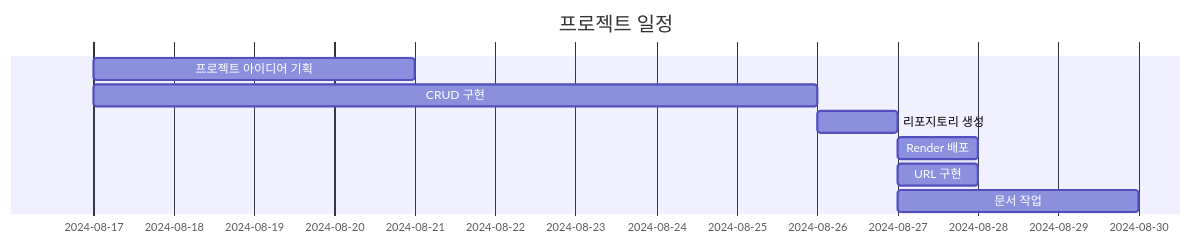
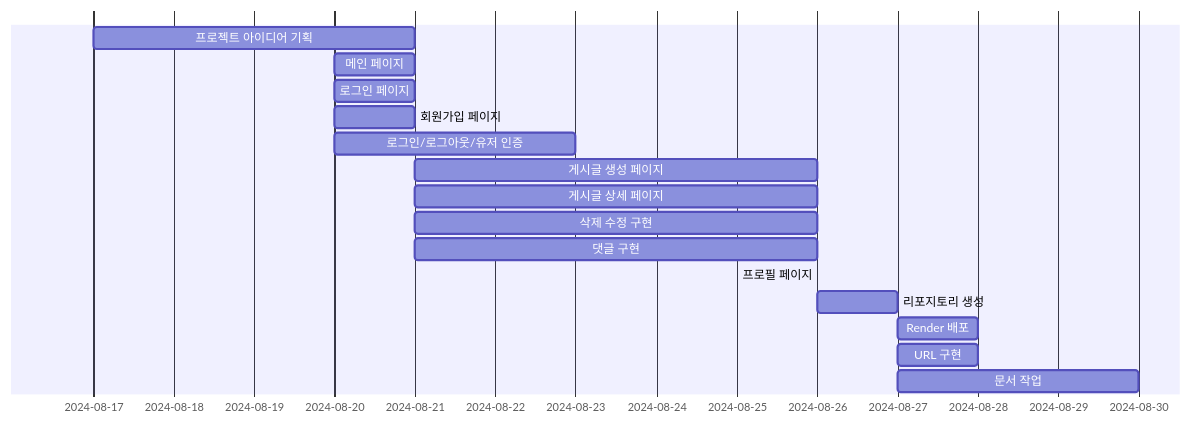
One commit to vanhalenpanama/Claude_Export_Data_Backup_Blog changed the diagram in README.md. Above: the diagram before and after it, drawn with Mermaid. The commit also changed other lines of this file, not shown here.

Commit message:
:bookmark: Update README.md

````diff
--- a/README.md
+++ b/README.md
@@ -24,11 +26,18 @@
 ```mermaid
 gantt
-  title 프로젝트 일정
   dateFormat  YYYY-MM-DD
-	프로젝트 아이디어 기획: 2024-08-17, 2024-08-21
-	CRUD 구현: 2024-08-17, 2024-08-26
+	프로젝트 아이디어 기획: 2024-08-17, 2024-08-21	
+    	메인 페이지: 2024-08-20, 2024-08-21
+	로그인 페이지: 2024-08-20, 2024-08-21
+    	회원가입 페이지: 2024-08-20, 2024-08-21
+    	로그인/로그아웃/유저 인증: 2024-08-20, 2024-08-23
+    	게시글 생성 페이지: 2024-08-21, 2024-08-26
+   	게시글 상세 페이지: 2024-08-21, 2024-08-26
+    	삭제 수정 구현: 2024-08-21, 2024-08-26
+	댓글 구현: 2024-08-21, 2024-08-26
+    	프로필 페이지: 2024-08-25, 22024-08-26
 	리포지토리 생성: 2024-08-26, 2024-08-27
 	Render 배포: 2024-08-27, 2024-08-28
 	URL 구현: 2024-08-27, 2024-08-28
 	문서 작업: 2024-08-27, 2024-08-30
 ```
````
